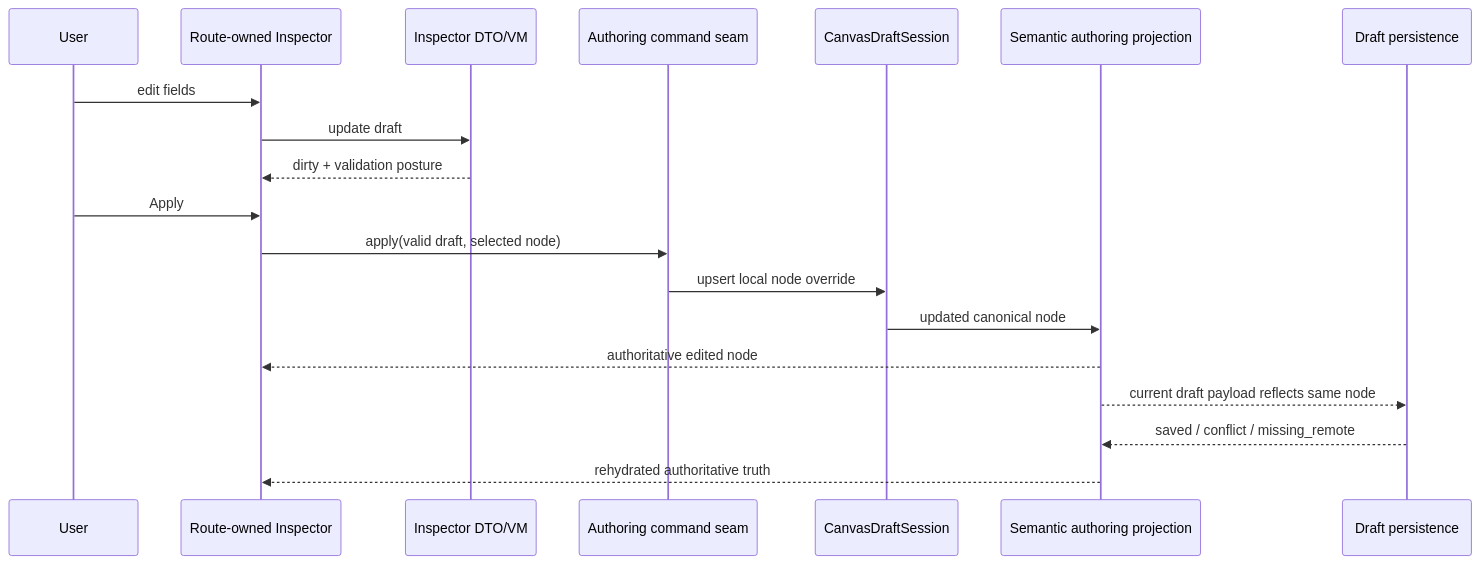
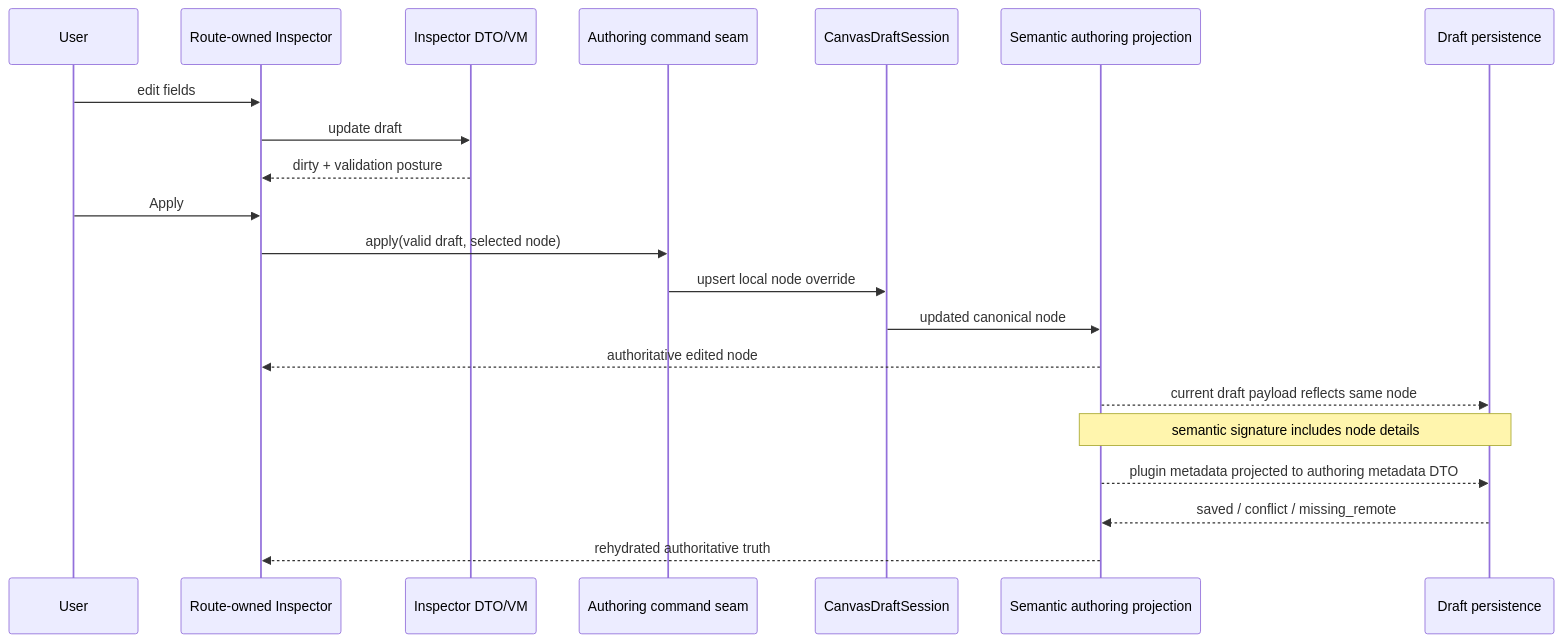
One commit to dunay2/dvt changed the third of 4 diagrams in docs/planning/proposals/mandatory/frontend-and-ux/tf-e2-inspector-authoring-and-lifecycle-closure-plan-20260425.md. Above: the diagram before and after it, drawn with Mermaid. The commit also changed other lines of this file and 28 other files, not shown here.

Commit message:
feat(web): Add Canvas authoring metadata DTO

````diff
--- a/docs/planning/proposals/mandatory/frontend-and-ux/tf-e2-inspector-authoring-and-lifecycle-closure-plan-20260425.md
+++ b/docs/planning/proposals/mandatory/frontend-and-ux/tf-e2-inspector-authoring-and-lifecycle-closure-plan-20260425.md
@@ -213,22 +225,24 @@
 ```mermaid
 sequenceDiagram
   participant User
   participant Inspector as Route-owned Inspector
   participant VM as Inspector DTO/VM
   participant Command as Authoring command seam
   participant Session as CanvasDraftSession
   participant Projection as Semantic authoring projection
   participant Persist as Draft persistence
 
   User->>Inspector: edit fields
   Inspector->>VM: update draft
   VM-->>Inspector: dirty + validation posture
   User->>Inspector: Apply
   Inspector->>Command: apply(valid draft, selected node)
   Command->>Session: upsert local node override
   Session->>Projection: updated canonical node
   Projection-->>Inspector: authoritative edited node
   Projection-->>Persist: current draft payload reflects same node
+  Note over Projection,Persist: semantic signature includes node details
+  Projection-->>Persist: plugin metadata projected to authoring metadata DTO
   Persist-->>Projection: saved / conflict / missing_remote
   Projection-->>Inspector: rehydrated authoritative truth
 ```
````
